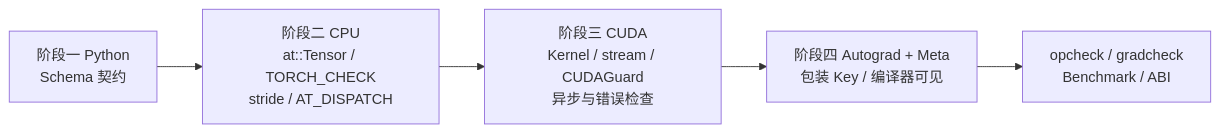
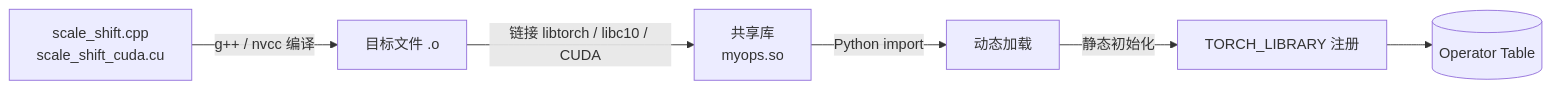
The third of 3 diagrams in _posts/2026-04-07-pytorch-cpp-extension-and-custom-operators.md (arganzheng/arganzheng.github.com), drawn with Mermaid before and after one commit. The commit also changed other lines of this file, not shown here.

````diff
--- a/_posts/2026-04-07-pytorch-cpp-extension-and-custom-operators.md
+++ b/_posts/2026-04-07-pytorch-cpp-extension-and-custom-operators.md
@@ -753,7 +372,8 @@
 ```mermaid
 flowchart LR
-    S1[阶段一 Python<br/>Schema 契约] --> S2[阶段二 CPU<br/>at::Tensor / TORCH_CHECK<br/>stride / AT_DISPATCH]
-    S2 --> S3[阶段三 CUDA<br/>Kernel / stream / CUDAGuard<br/>异步与错误检查]
-    S3 --> S4[阶段四 Autograd + Meta<br/>包装 Key / 编译器可见]
-    S4 --> V[opcheck / gradcheck<br/>Benchmark / ABI]
+    SRC[scale_shift.cpp<br/>scale_shift_cuda.cu] -->|g++ / nvcc 编译| OBJ[目标文件 .o]
+    OBJ -->|链接 libtorch / libc10 / CUDA| SO[共享库<br/>myops.so]
+    SO -->|Python import| LOAD[动态加载]
+    LOAD -->|静态初始化| REG[TORCH_LIBRARY 注册]
+    REG --> OT[(Operator Table)]
 ```
````
